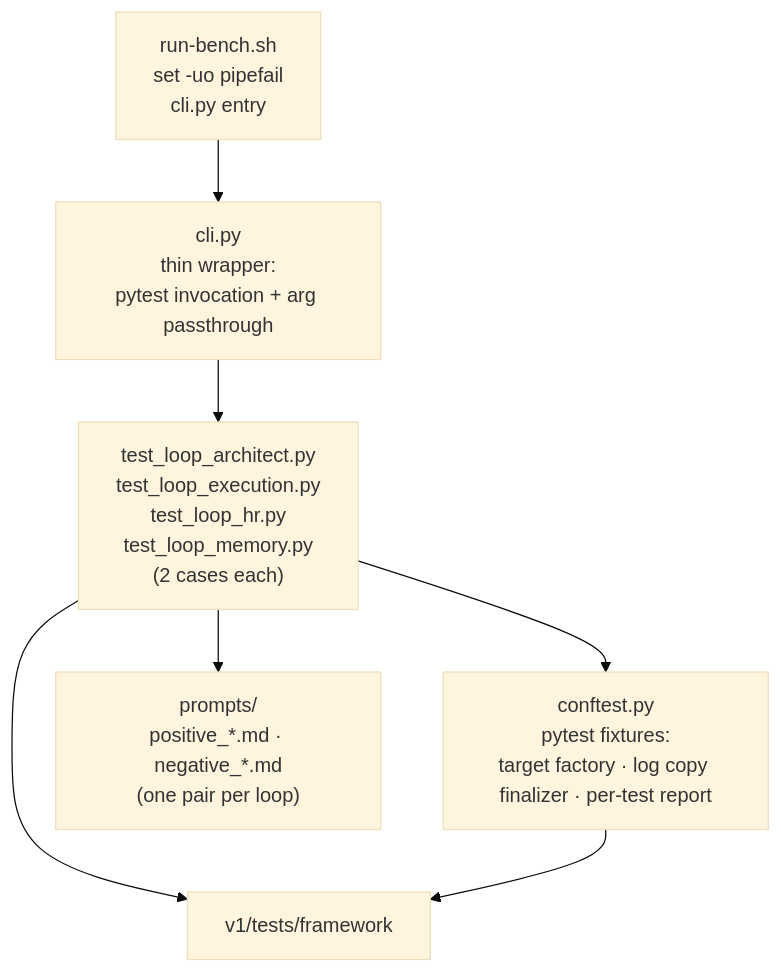
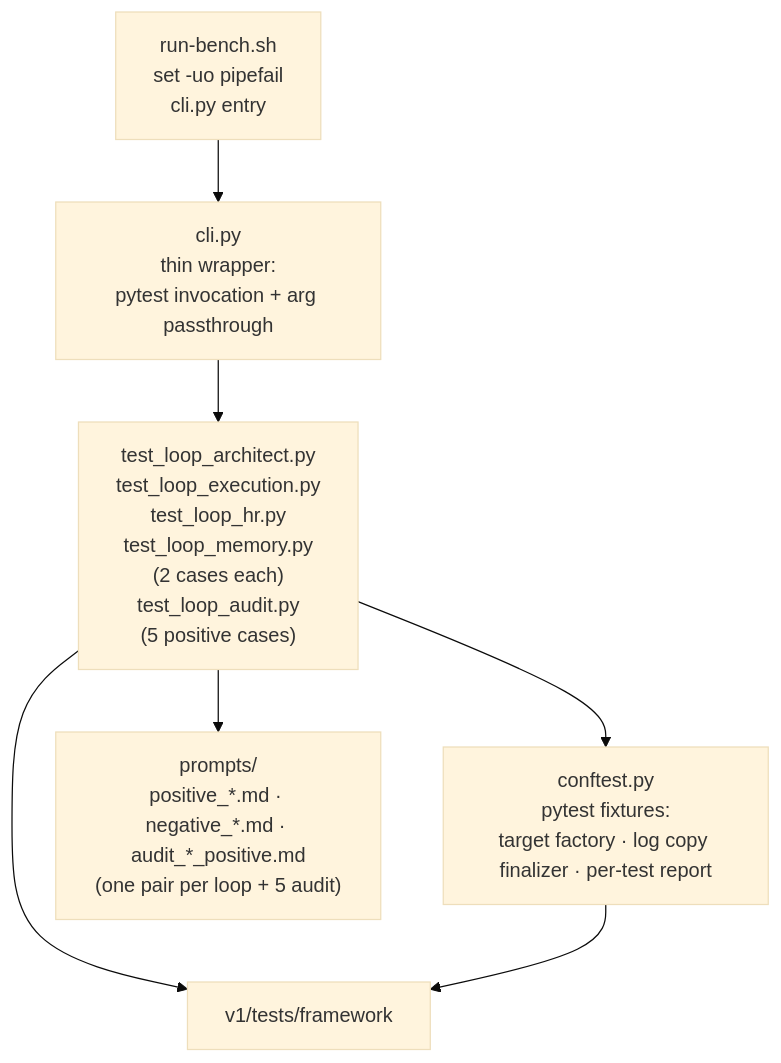
One commit to nan023062/agent-team-cc changed the second of 2 diagrams in v1/tests/workflow/.dna/module.md. Above: the diagram before and after it, drawn with Mermaid (base theme). The commit also changed other lines of this file and 10 other files, not shown here.

````diff
--- a/v1/tests/workflow/.dna/module.md
+++ b/v1/tests/workflow/.dna/module.md
@@ -56,16 +59,16 @@
 ```mermaid
 graph TD
     conftest["conftest.py<br/>pytest fixtures:<br/>target factory · log copy finalizer · per-test report"]
     cli["cli.py<br/>thin wrapper:<br/>pytest invocation + arg passthrough"]
     runbench["run-bench.sh<br/>set -uo pipefail<br/>cli.py entry"]
-    prompts["prompts/<br/>positive_*.md · negative_*.md<br/>(one pair per loop)"]
-    tests["test_loop_architect.py<br/>test_loop_execution.py<br/>test_loop_hr.py<br/>test_loop_memory.py<br/>(2 cases each)"]
+    prompts["prompts/<br/>positive_*.md · negative_*.md · audit_*_positive.md<br/>(one pair per loop + 5 audit)"]
+    tests["test_loop_architect.py<br/>test_loop_execution.py<br/>test_loop_hr.py<br/>test_loop_memory.py<br/>(2 cases each)<br/>test_loop_audit.py<br/>(5 positive cases)"]
     framework["v1/tests/framework"]
 
     tests --> conftest
     tests --> prompts
     tests --> framework
     conftest --> framework
     cli --> tests
     runbench --> cli
 ```
````
